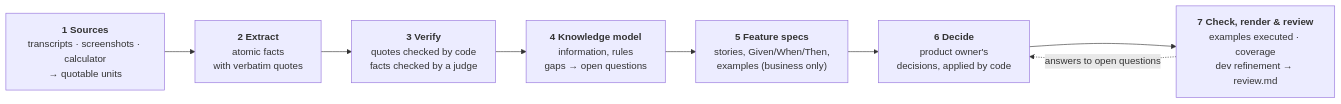
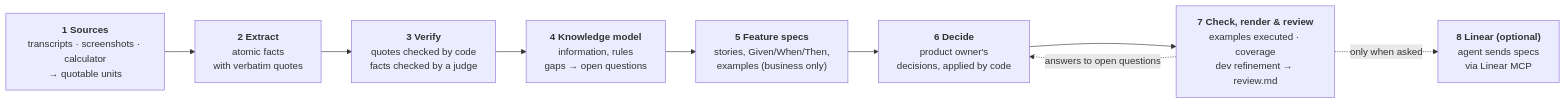
One commit to 972C8/Lonio-TakeHomeChallenge changed the diagram in Solution/README.md. Above: the diagram before and after it, drawn with Mermaid. The commit also changed other lines of this file and 34 other files, not shown here.

Commit message:
Replace Linear publishing machinery with an optional Linear publisher agent (step 8)

````diff
--- a/Solution/README.md
+++ b/Solution/README.md
@@ -10,12 +10,14 @@
 ```mermaid
 flowchart LR
     S1["<b>1 Sources</b><br/>transcripts · screenshots · calculator<br/>→ quotable units"]
     S2["<b>2 Extract</b><br/>atomic facts<br/>with verbatim quotes"]
     S3["<b>3 Verify</b><br/>quotes checked by code<br/>facts checked by a judge"]
     S4["<b>4 Knowledge model</b><br/>information, rules<br/>gaps → open questions"]
     S5["<b>5 Feature specs</b><br/>stories, Given/When/Then,<br/>examples (business only)"]
     S6["<b>6 Decide</b><br/>product owner's<br/>decisions, applied by code"]
     S7["<b>7 Check, render & review</b><br/>examples executed · coverage<br/>dev refinement → review.md"]
+    S8["<b>8 Linear (optional)</b><br/>agent sends specs<br/>via Linear MCP"]
     S1 --> S2 --> S3 --> S4 --> S5 --> S6 --> S7
+    S7 -. "only when asked" .-> S8
     S7 -. "answers to open questions" .-> S6
 ```
````
